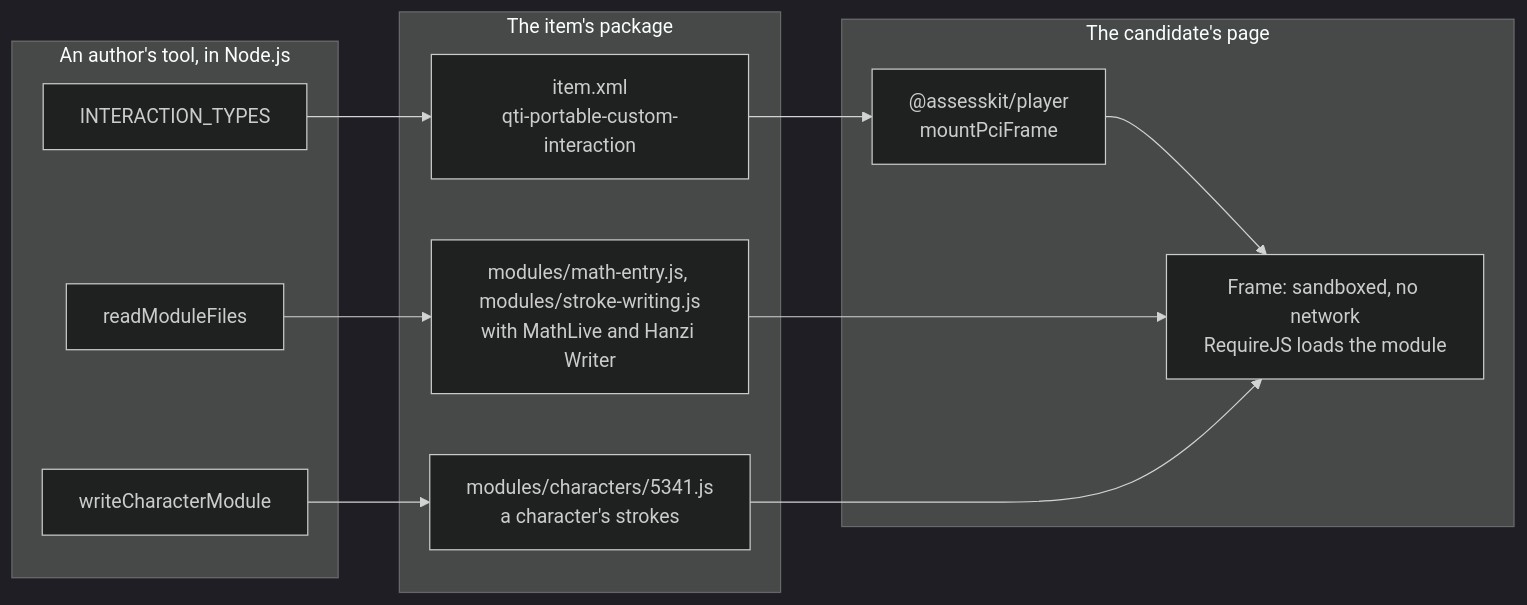
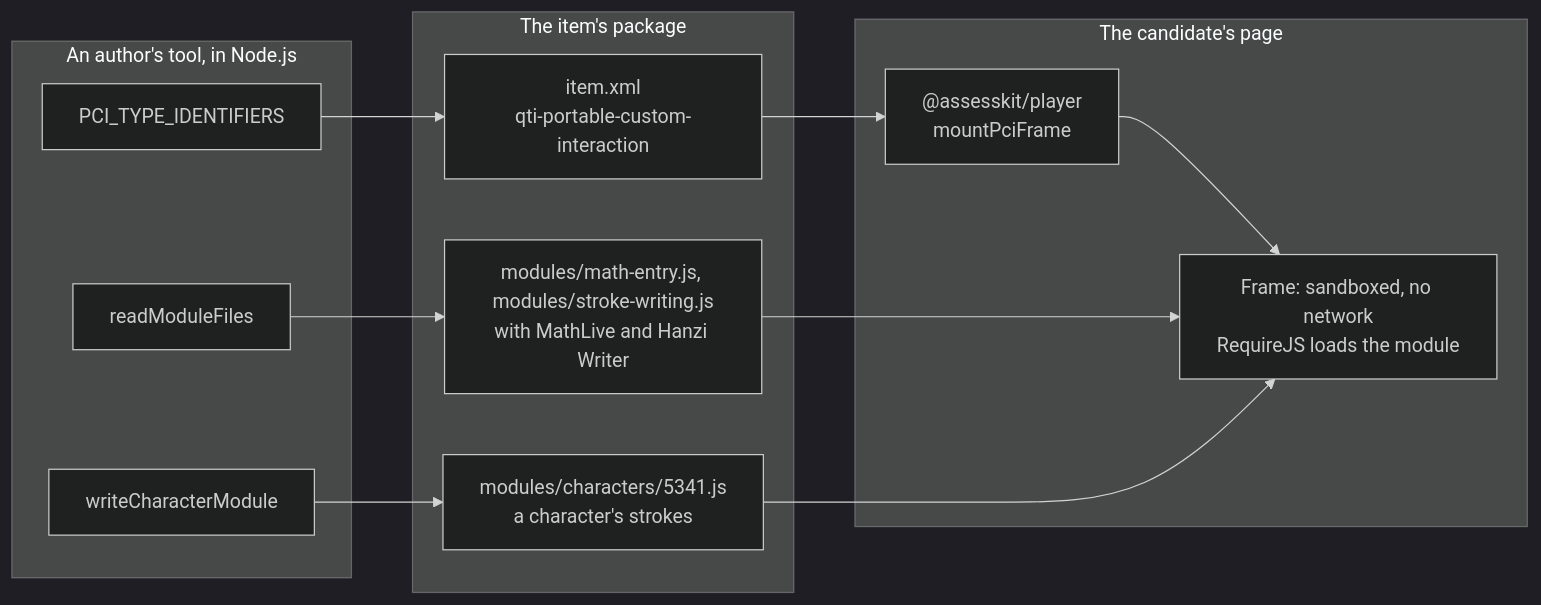
The diagram in docs/custom-interactions/architecture.md (assesskit/assesskit), drawn with Mermaid (dark theme) before and after one commit. The commit also changed other lines of this file and 15 other files, not shown here.

First line of the commit message:
Name the PCI type identifiers PCI_TYPE_IDENTIFIERS

````diff
--- a/docs/custom-interactions/architecture.md
+++ b/docs/custom-interactions/architecture.md
@@ -8,23 +8,23 @@
 ```mermaid
 flowchart LR
   subgraph tool["An author's tool, in Node.js"]
-    ids["INTERACTION_TYPES"]
+    ids["PCI_TYPE_IDENTIFIERS"]
     read["readModuleFiles"]
     write
   end
   subgraph pkg["The item's package"]
     item["item.xml<br/>qti-portable-custom-interaction"]
     module["modules/math-entry.js, modules/stroke-writing.js<br/>with MathLive and Hanzi Writer"]
     char["modules/characters/5341.js<br/>a character's strokes"]
   end
   subgraph page["The candidate's page"]
     player["@assesskit/player<br/>mountPciFrame"]
     frame["Frame: sandboxed, no network<br/>RequireJS loads the module"]
   end
   ids --> item
   read --> module
   write["writeCharacterModule"] --> char
   item --> player --> frame
   module --> frame
   char --> frame
 ```
````
